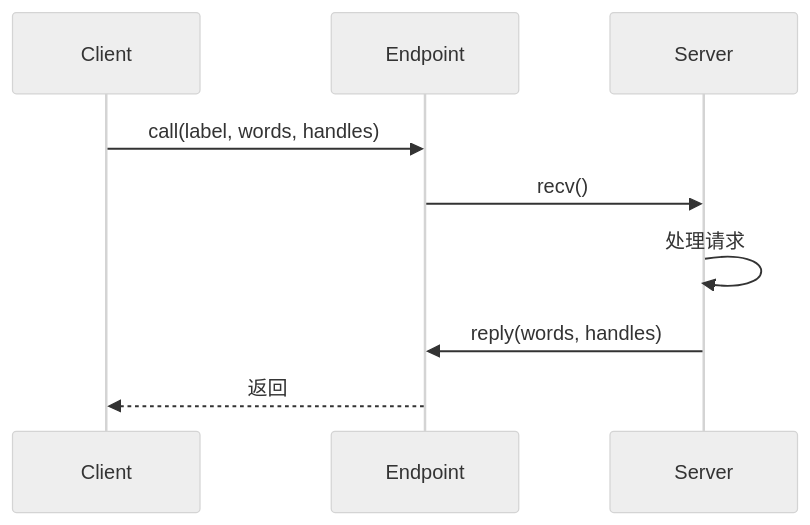
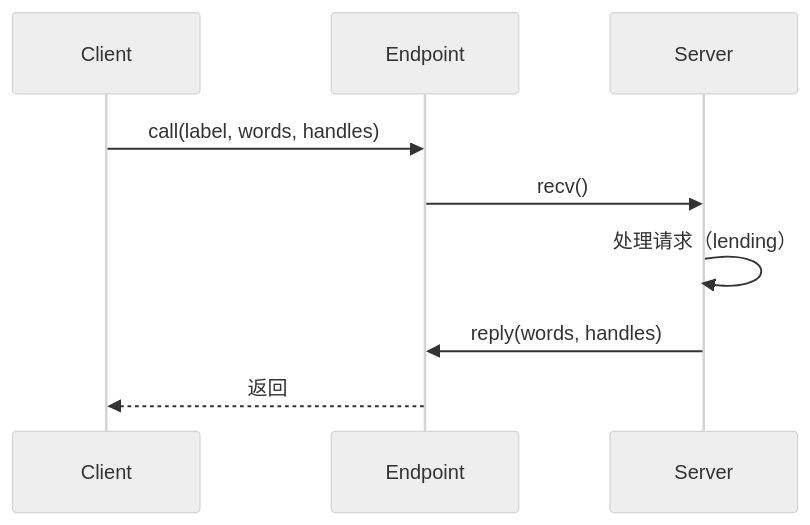
The second of 2 diagrams in docs/execution.md (hongweifei/HolyKernel), drawn with Mermaid (neutral theme) before and after one commit. The commit also changed other lines of this file and 30 other files, not shown here.

````diff
--- a/docs/execution.md
+++ b/docs/execution.md
@@ -136,11 +176,11 @@
 ```mermaid
 sequenceDiagram
     participant Client as Client
     participant EP as Endpoint
     participant Server as Server
     Client->>EP: call(label, words, handles)
     EP->>Server: recv()
-    Server->>Server: 处理请求
+    Server->>Server: 处理请求（lending）
     Server->>EP: reply(words, handles)
     EP-->>Client: 返回
 ```
````
